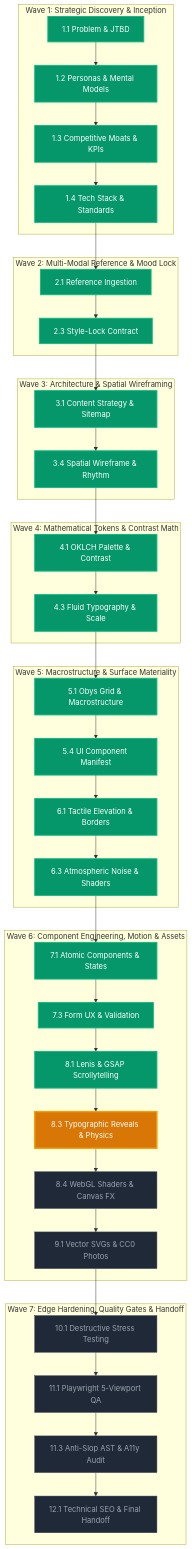
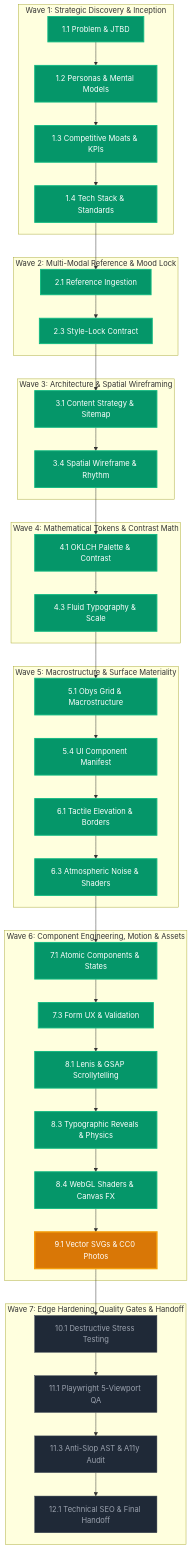
The diagram in docs/DESIGN_MAP.mermaid (atinek-182/Vidya-Dham-Academy), drawn with Mermaid before and after one commit. The commit also changed 11 other files, not shown here.

Commit message:
[PASS] Phase 8.4: Implement StemBadgesCanvas, RayOpticsCanvas, shaders, and spec

````diff
--- a/docs/DESIGN_MAP.mermaid
+++ b/docs/DESIGN_MAP.mermaid
@@ -1,51 +1,51 @@
 ```mermaid
 graph TD
   subgraph WAVE_1 ["Wave 1: Strategic Discovery & Inception"]
     P1_1["1.1 Problem & JTBD"]:::completed --> P1_2["1.2 Personas & Mental Models"]:::completed
     P1_2 --> P1_3["1.3 Competitive Moats & KPIs"]:::completed
     P1_3 --> P1_4["1.4 Tech Stack & Standards"]:::completed
   end
 
   subgraph WAVE_2 ["Wave 2: Multi-Modal Reference & Mood Lock"]
     P2_1["2.1 Reference Ingestion"]:::completed --> P2_3["2.3 Style-Lock Contract"]:::completed
   end
 
   subgraph WAVE_3 ["Wave 3: Architecture & Spatial Wireframing"]
     P3_1["3.1 Content Strategy & Sitemap"]:::completed --> P3_4["3.4 Spatial Wireframe & Rhythm"]:::completed
   end
 
   subgraph WAVE_4 ["Wave 4: Mathematical Tokens & Contrast Math"]
     P4_1["4.1 OKLCH Palette & Contrast"]:::completed --> P4_3["4.3 Fluid Typography & Scale"]:::completed
   end
 
   subgraph WAVE_5 ["Wave 5: Macrostructure & Surface Materiality"]
     P5_1["5.1 Obys Grid & Macrostructure"]:::completed --> P5_4["5.4 UI Component Manifest"]:::completed
     P5_4 --> P6_1["6.1 Tactile Elevation & Borders"]:::completed
     P6_1 --> P6_3["6.3 Atmospheric Noise & Shaders"]:::completed
   end
 
   subgraph WAVE_6 ["Wave 6: Component Engineering, Motion & Assets"]
     P7_1["7.1 Atomic Components & States"]:::completed --> P7_3["7.3 Form UX & Validation"]:::completed
     P7_3 --> P8_1["8.1 Lenis & GSAP Scrollytelling"]:::completed
-    P8_1 --> P8_3["8.3 Typographic Reveals & Physics"]:::active
-    P8_3 --> P8_4["8.4 WebGL Shaders & Canvas FX"]:::pending
-    P8_4 --> P9_1["9.1 Vector SVGs & CC0 Photos"]:::pending
+    P8_1 --> P8_3["8.3 Typographic Reveals & Physics"]:::completed
+    P8_3 --> P8_4["8.4 WebGL Shaders & Canvas FX"]:::completed
+    P8_4 --> P9_1["9.1 Vector SVGs & CC0 Photos"]:::active
   end
 
   subgraph WAVE_7 ["Wave 7: Edge Hardening, Quality Gates & Handoff"]
     P10_1["10.1 Destructive Stress Testing"]:::pending --> P11_1["11.1 Playwright 5-Viewport QA"]:::pending
     P11_1 --> P11_3["11.3 Anti-Slop AST & A11y Audit"]:::pending
     P11_3 --> P12_1["12.1 Technical SEO & Final Handoff"]:::pending
   end
 
   P1_4 --> P2_1
   P2_3 --> P3_1
   P3_4 --> P4_1
   P4_3 --> P5_1
   P6_3 --> P7_1
   P9_1 --> P10_1
 
   classDef completed fill:#059669,stroke:#10b981,color:#ffffff,stroke-width:2px;
   classDef active fill:#d97706,stroke:#f59e0b,color:#ffffff,stroke-width:3px;
   classDef pending fill:#1f2937,stroke:#374151,color:#9ca3af,stroke-width:1px;
 ```
````
